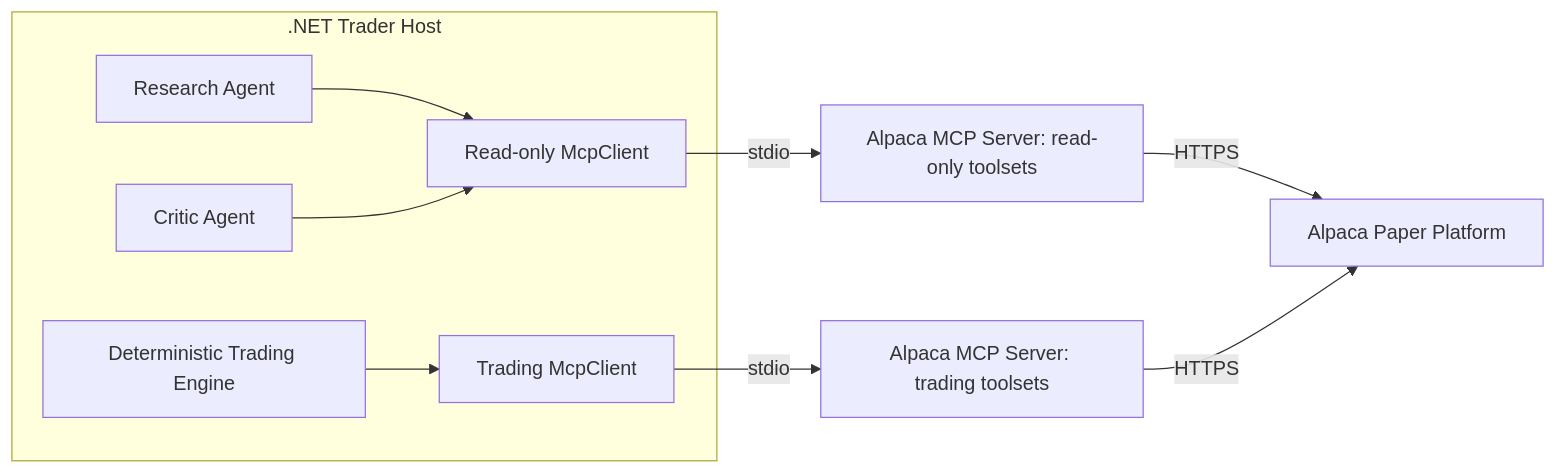
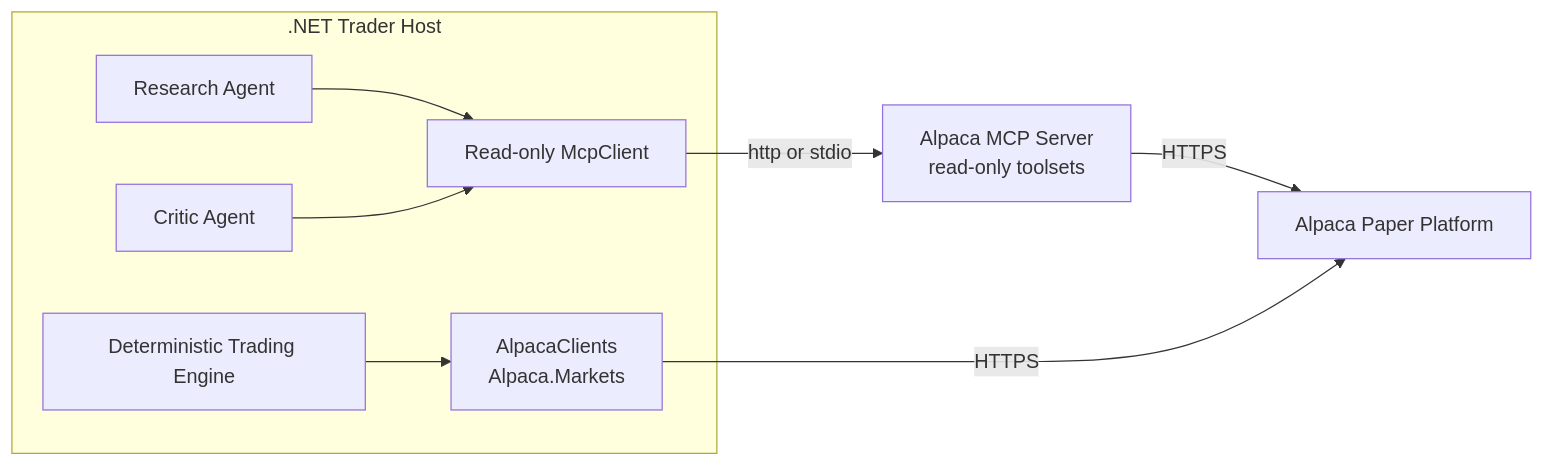
One commit to xakpc/Alpaca.NoIdea changed the diagram in .lode/alpaca/mcp-integration.md. Above: the diagram before and after it, drawn with Mermaid. The commit also changed other lines of this file and 8 other files, not shown here.

````diff
--- a/.lode/alpaca/mcp-integration.md
+++ b/.lode/alpaca/mcp-integration.md
@@ -47,22 +5,20 @@
 ```mermaid
 flowchart LR
     subgraph Host[".NET Trader Host"]
         RA[Research Agent]
         CA[Critic Agent]
         ENG[Deterministic Trading Engine]
-        ROClient[Read-only McpClient]
-        TradeClient[Trading McpClient]
-        RA --> ROClient
-        CA --> ROClient
-        ENG --> TradeClient
+        MCP[Read-only McpClient]
+        SDK[AlpacaClients<br/>Alpaca.Markets]
+        RA --> MCP
+        CA --> MCP
+        ENG --> SDK
     end
 
-    ROServer[Alpaca MCP Server: read-only toolsets]
-    TradeServer[Alpaca MCP Server: trading toolsets]
+    ROServer[Alpaca MCP Server<br/>read-only toolsets]
     Alpaca[Alpaca Paper Platform]
 
-    ROClient -->|stdio| ROServer
-    TradeClient -->|stdio| TradeServer
+    MCP -->|http or stdio| ROServer
     ROServer -->|HTTPS| Alpaca
-    TradeServer -->|HTTPS| Alpaca
+    SDK -->|HTTPS| Alpaca
 ```
````
